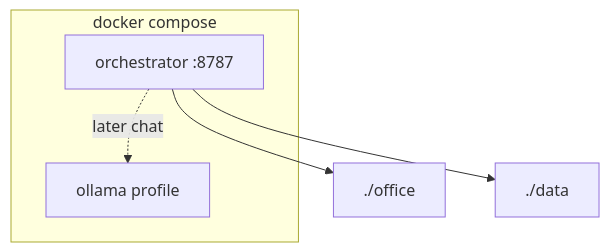
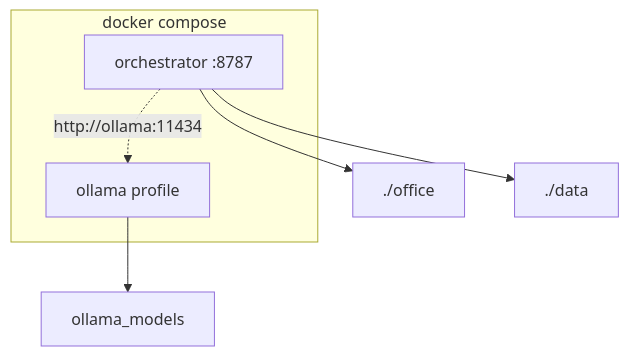
Before and after one commit to abhishekjasani/AgentAnyStack: the diagram in docs/architecture/07_DOCKER.md, drawn with Mermaid. The commit also changed other lines of this file and 6 other files, not shown here.

````diff
--- a/docs/architecture/07_DOCKER.md
+++ b/docs/architecture/07_DOCKER.md
@@ -5,12 +5,14 @@
 ```mermaid
 flowchart TB
     subgraph compose [docker compose]
-      ORC[orchestrator :8787]
-      OLL[ollama profile]
+      ORC["orchestrator :8787"]
+      OLL["ollama profile"]
     end
     VOL_O["./office"]
     VOL_D["./data"]
+    VOL_M["ollama_models"]
     ORC --> VOL_O
     ORC --> VOL_D
-    ORC -.->|later chat| OLL
+    OLL --> VOL_M
+    ORC -.->|"http://ollama:11434"| OLL
 ```
````
